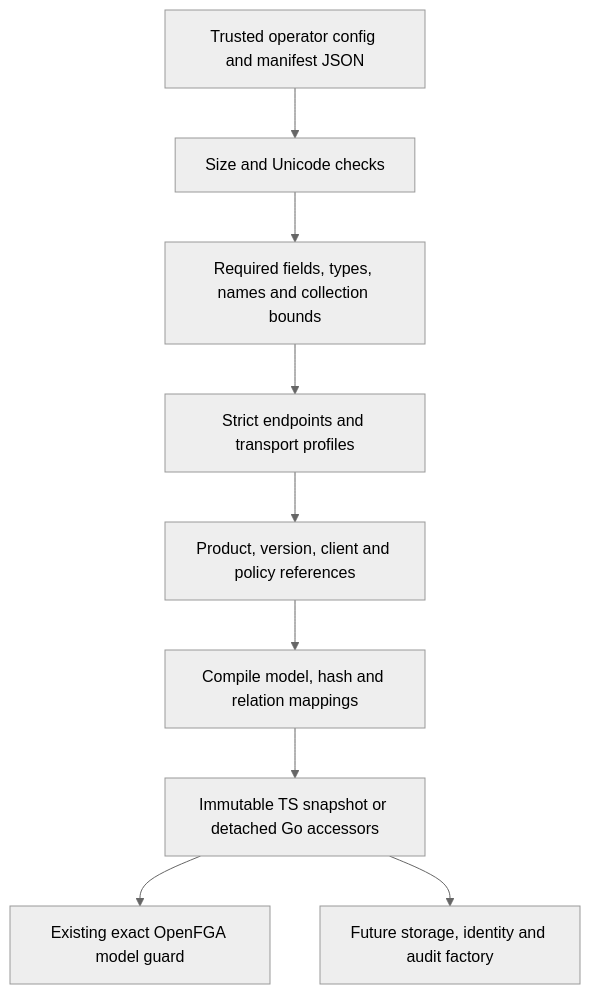
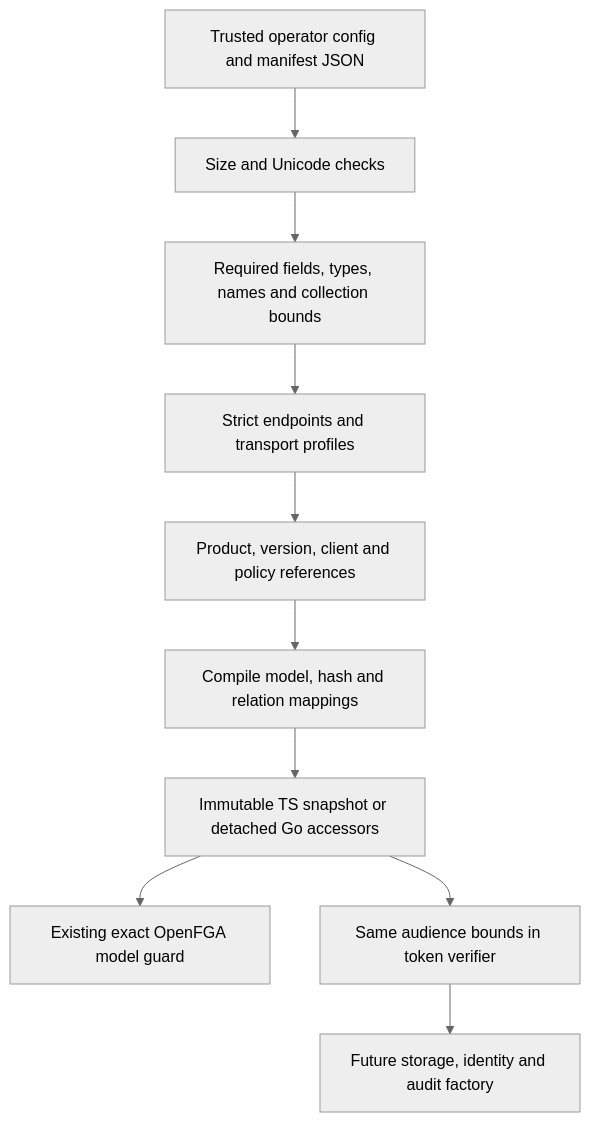
One commit to techsavvyash/heimdall changed the diagram in docs/content/evidence/phase-3-runtime-configuration.md. Above: the diagram before and after it, drawn with Mermaid (neutral theme). The commit also changed other lines of this file and 8 other files, not shown here.

Commit message:
Align verifier audience limits with shared configuration

````diff
--- a/docs/content/evidence/phase-3-runtime-configuration.md
+++ b/docs/content/evidence/phase-3-runtime-configuration.md
@@ -8,11 +8,12 @@
 ```mermaid
 flowchart TD
     JSON[Trusted operator config and manifest JSON] --> Bounds[Size and Unicode checks]
     Bounds --> Shape[Required fields, types, names and collection bounds]
     Shape --> Endpoints[Strict endpoints and transport profiles]
     Endpoints --> Binding[Product, version, client and policy references]
     Binding --> Compile[Compile model, hash and relation mappings]
     Compile --> Snapshot[Immutable TS snapshot or detached Go accessors]
     Snapshot --> Remote[Existing exact OpenFGA model guard]
-    Snapshot --> Future[Future storage, identity and audit factory]
+    Snapshot --> Audience[Same audience bounds in token verifier]
+    Audience --> Future[Future storage, identity and audit factory]
 ```
````
